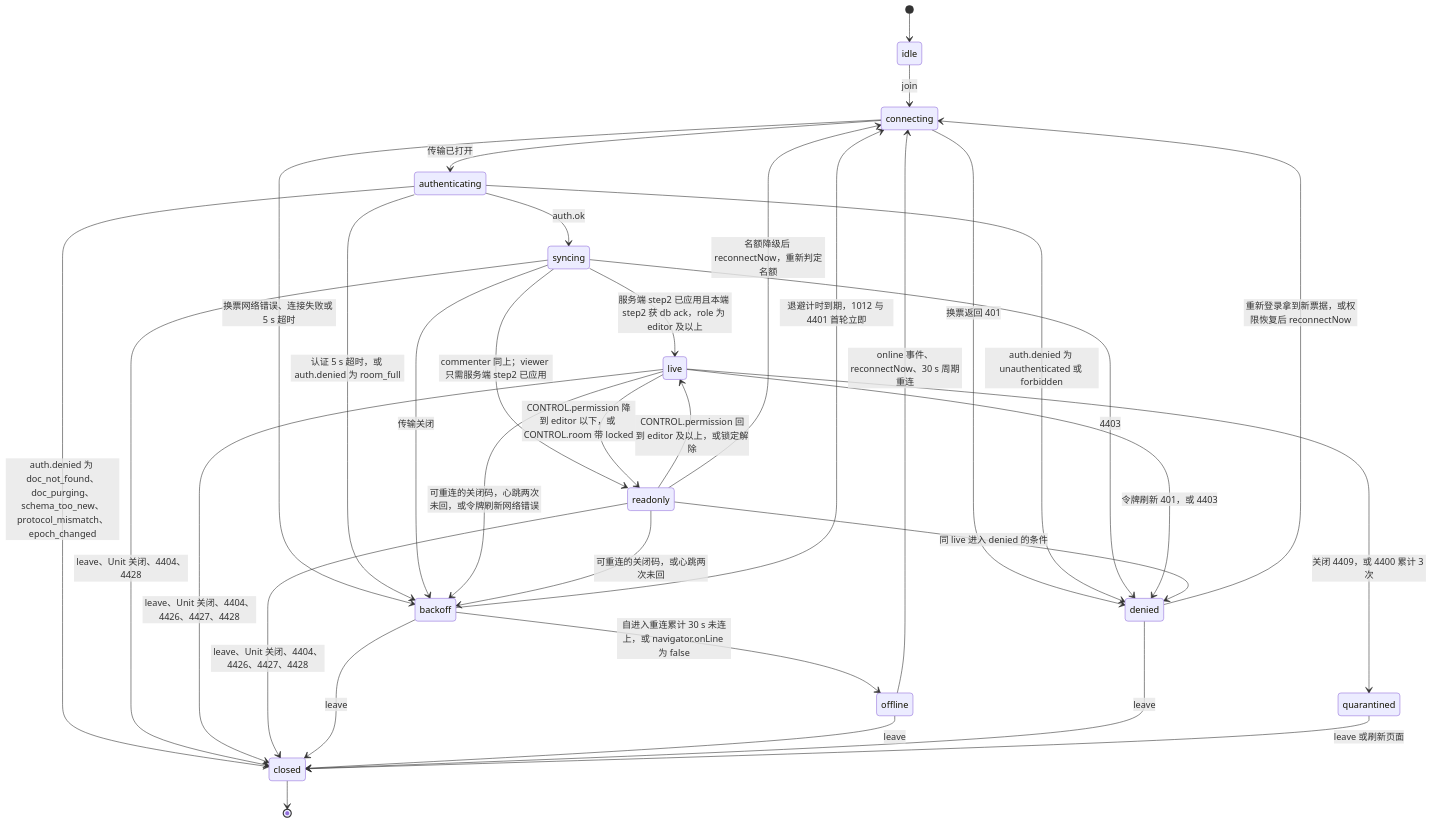
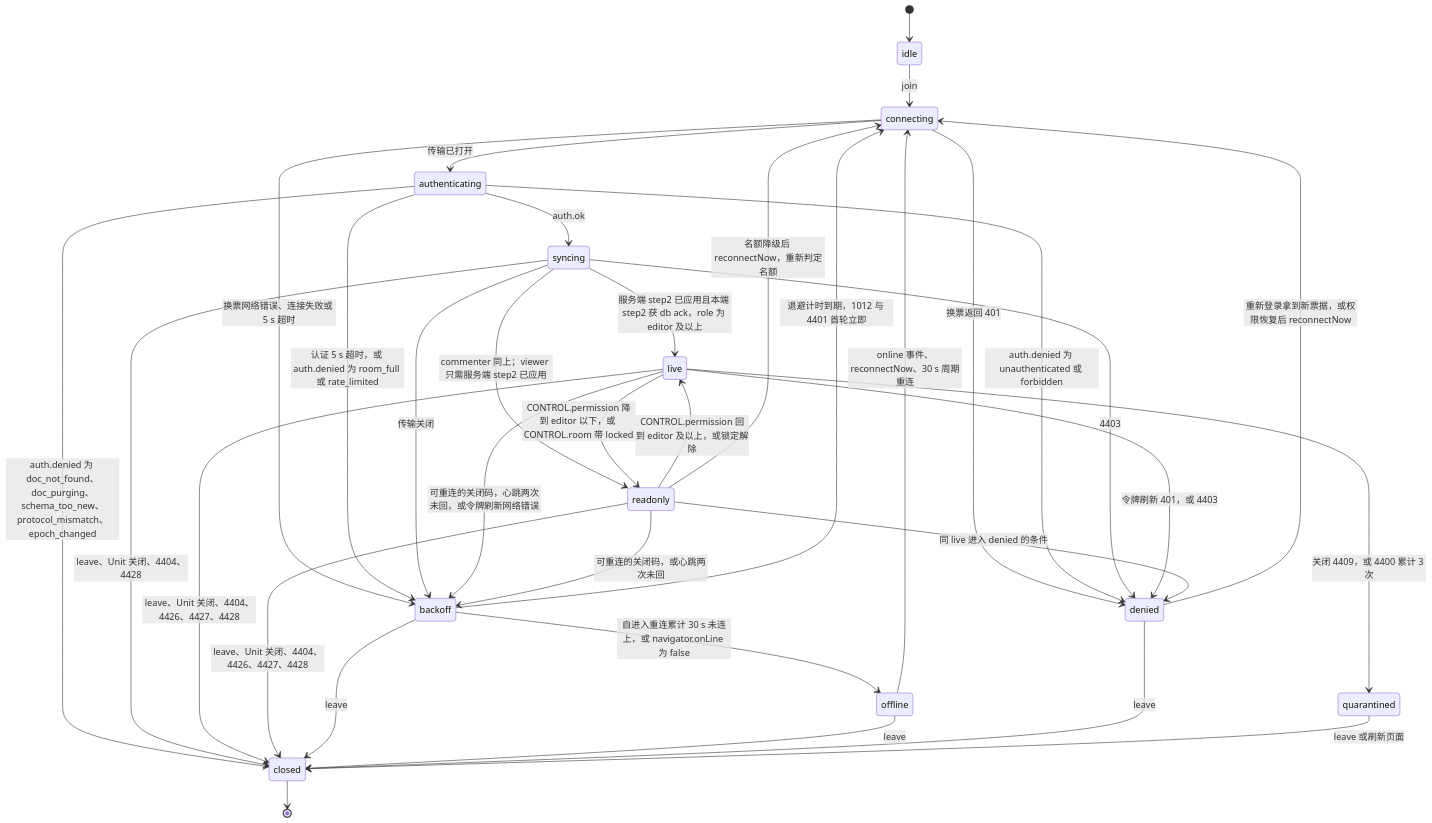
The second of 8 diagrams in docs/50-frontend/07-collaboration-client.md (Xeonice/cordis-ppt-editor), drawn with Mermaid before and after one commit. The commit also changed other lines of this file and 31 other files, not shown here.

````diff
--- a/docs/50-frontend/07-collaboration-client.md
+++ b/docs/50-frontend/07-collaboration-client.md
@@ -95,36 +95,36 @@
 ```mermaid
 stateDiagram-v2
   [*] --> idle
   idle --> connecting: join
   connecting --> authenticating: 传输已打开
   connecting --> backoff: 换票网络错误、连接失败或 5 s 超时
   connecting --> denied: 换票返回 401
   authenticating --> syncing: auth.ok
   authenticating --> denied: auth.denied 为 unauthenticated 或 forbidden
   authenticating --> closed: auth.denied 为 doc_not_found、doc_purging、schema_too_new、protocol_mismatch、epoch_changed
-  authenticating --> backoff: 认证 5 s 超时，或 auth.denied 为 room_full
+  authenticating --> backoff: 认证 5 s 超时，或 auth.denied 为 room_full 或 rate_limited
   syncing --> live: 服务端 step2 已应用且本端 step2 获 db ack，role 为 editor 及以上
   syncing --> readonly: commenter 同上；viewer 只需服务端 step2 已应用
   syncing --> backoff: 传输关闭
   syncing --> denied: 4403
   live --> readonly: CONTROL.permission 降到 editor 以下，或 CONTROL.room 带 locked
   readonly --> live: CONTROL.permission 回到 editor 及以上，或锁定解除
   readonly --> connecting: 名额降级后 reconnectNow，重新判定名额
   live --> backoff: 可重连的关闭码，心跳两次未回，或令牌刷新网络错误
   readonly --> backoff: 可重连的关闭码，或心跳两次未回
   backoff --> connecting: 退避计时到期，1012 与 4401 首轮立即
   backoff --> offline: 自进入重连累计 30 s 未连上，或 navigator.onLine 为 false
   offline --> connecting: online 事件、reconnectNow、30 s 周期重连
   live --> denied: 令牌刷新 401，或 4403
   readonly --> denied: 同 live 进入 denied 的条件
   denied --> connecting: 重新登录拿到新票据，或权限恢复后 reconnectNow
   live --> quarantined: 关闭 4409，或 4400 累计 3 次
   syncing --> closed: leave、Unit 关闭、4404、4428
   live --> closed: leave、Unit 关闭、4404、4426、4427、4428
   readonly --> closed: leave、Unit 关闭、4404、4426、4427、4428
   backoff --> closed: leave
   offline --> closed: leave
   denied --> closed: leave
   quarantined --> closed: leave 或刷新页面
   closed --> [*]
 ```
````
